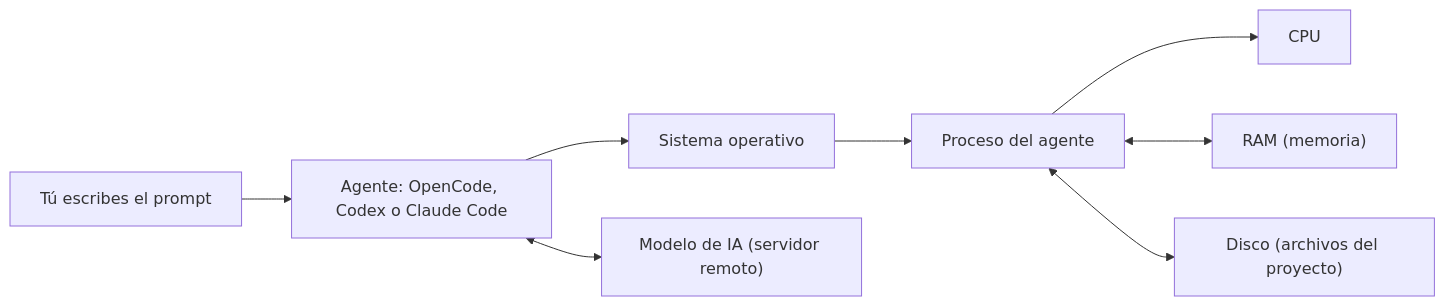
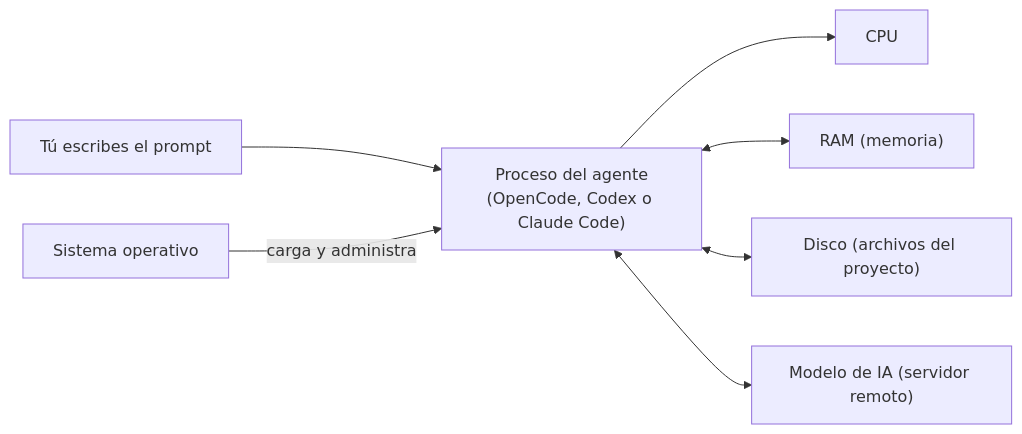
Before and after one commit to harrysxavio/gentle-ai-manual: the diagram in src/content/docs/01-fundamentos-tecnologicos/01-como-funciona-una-computadora.md, drawn with Mermaid. The commit also changed other lines of this file and 2 other files, not shown here.

Commit message:
docs: model process ownership and API boundaries correctly

````diff
--- a/src/content/docs/01-fundamentos-tecnologicos/01-como-funciona-una-computadora.md
+++ b/src/content/docs/01-fundamentos-tecnologicos/01-como-funciona-una-computadora.md
@@ -126,10 +126,9 @@
 ```mermaid
 flowchart LR
-    U["Tú escribes el prompt"] --> AG["Agente: OpenCode, Codex o Claude Code"]
-    AG --> OS["Sistema operativo"]
-    OS --> PR["Proceso del agente"]
+    U["Tú escribes el prompt"] --> PR["Proceso del agente<br/>(OpenCode, Codex o Claude Code)"]
+    OS["Sistema operativo"] -->|"carga y administra"| PR
     PR --> CPU["CPU"]
     PR <--> RAM["RAM (memoria)"]
     PR <--> DSK["Disco (archivos del proyecto)"]
-    AG <--> MOD["Modelo de IA (servidor remoto)"]
+    PR <--> MOD["Modelo de IA (servidor remoto)"]
 ```
````
